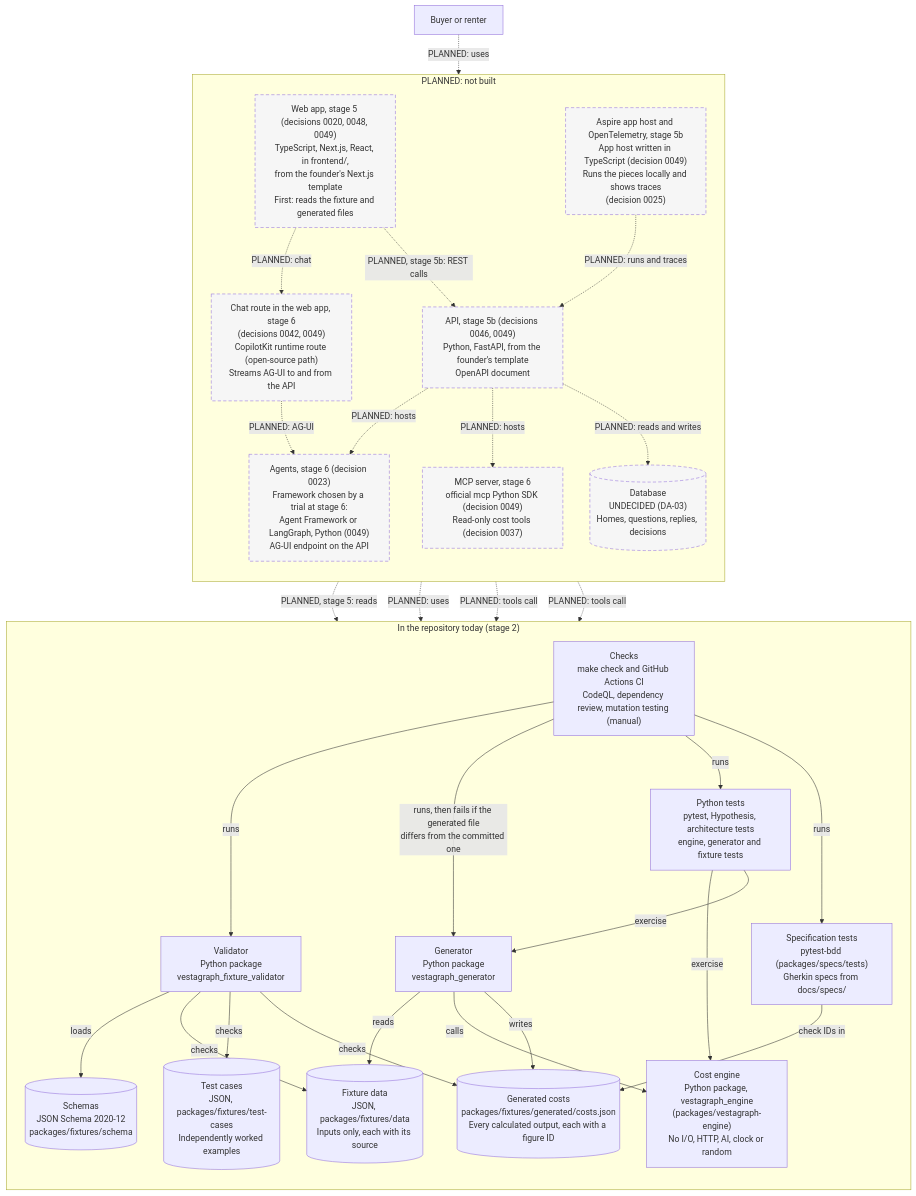
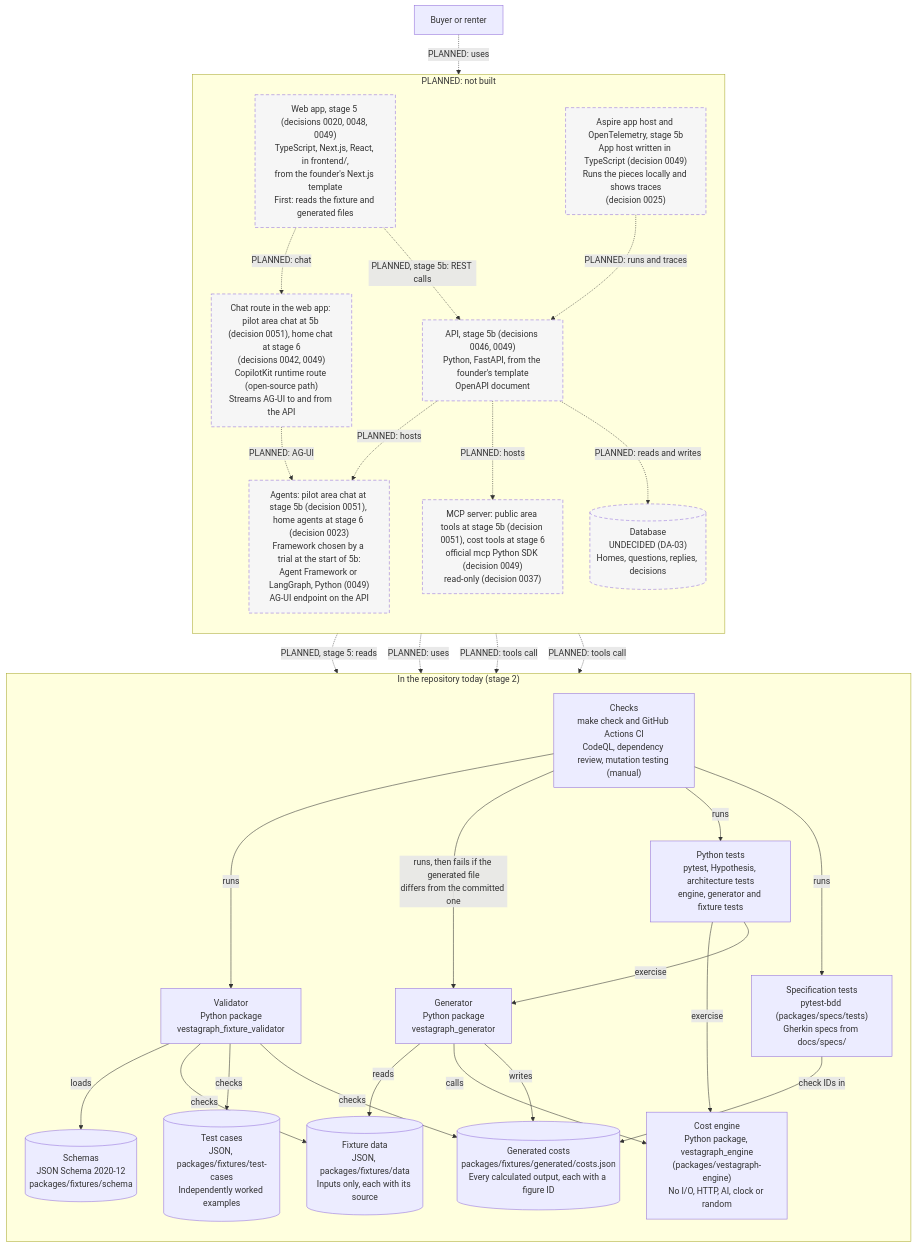
One commit to olaheavy-dev/homescout-platform changed the second of 2 diagrams in docs/architecture/README.md. Above: the diagram before and after it, drawn with Mermaid. The commit also changed other lines of this file and 16 other files, not shown here.

First line of the commit message:
docs: pilot with AI on the page and in ChatGPT and Claude (0051), pilot-only gate (0052) (#220)

````diff
--- a/docs/architecture/README.md
+++ b/docs/architecture/README.md
@@ -47,60 +47,60 @@
 ```mermaid
 flowchart TB
     user["Buyer or renter"]
 
     subgraph today["In the repository today (stage 2)"]
         direction TB
         data[("Fixture data<br/>JSON, packages/fixtures/data<br/>Inputs only, each with its source")]
         schema[("Schemas<br/>JSON Schema 2020-12<br/>packages/fixtures/schema")]
         cases[("Test cases<br/>JSON, packages/fixtures/test-cases<br/>Independently worked examples")]
         engine["Cost engine<br/>Python package, vestagraph_engine<br/>(packages/vestagraph-engine)<br/>No I/O, HTTP, AI, clock or random"]
         generator["Generator<br/>Python package<br/>vestagraph_generator"]
         generated[("Generated costs<br/>packages/fixtures/generated/costs.json<br/>Every calculated output, each with a figure ID")]
         validator["Validator<br/>Python package<br/>vestagraph_fixture_validator"]
         tests["Python tests<br/>pytest, Hypothesis, architecture tests<br/>engine, generator and fixture tests"]
         specs["Specification tests<br/>pytest-bdd (packages/specs/tests)<br/>Gherkin specs from docs/specs/"]
         ci["Checks<br/>make check and GitHub Actions CI<br/>CodeQL, dependency review, mutation testing (manual)"]
     end
 
     subgraph later["PLANNED: not built"]
         direction TB
         web["Web app, stage 5 (decisions 0020, 0048, 0049)<br/>TypeScript, Next.js, React, in frontend/,<br/>from the founder's Next.js template<br/>First: reads the fixture and generated files"]
         api["API, stage 5b (decisions 0046, 0049)<br/>Python, FastAPI, from the founder's template<br/>OpenAPI document"]
-        mcp["MCP server, stage 6<br/>official mcp Python SDK (decision 0049)<br/>Read-only cost tools (decision 0037)"]
-        agents["Agents, stage 6 (decision 0023)<br/>Framework chosen by a trial at stage 6:<br/>Agent Framework or LangGraph, Python (0049)<br/>AG-UI endpoint on the API"]
-        copilot["Chat route in the web app, stage 6<br/>(decisions 0042, 0049)<br/>CopilotKit runtime route (open-source path)<br/>Streams AG-UI to and from the API"]
+        mcp["MCP server: public area tools at stage 5b (decision 0051), cost tools at stage 6<br/>official mcp Python SDK (decision 0049)<br/>read-only (decision 0037)"]
+        agents["Agents: pilot area chat at stage 5b (decision 0051), home agents at stage 6 (decision 0023)<br/>Framework chosen by a trial at the start of 5b:<br/>Agent Framework or LangGraph, Python (0049)<br/>AG-UI endpoint on the API"]
+        copilot["Chat route in the web app: pilot area chat at 5b (decision 0051), home chat at stage 6<br/>(decisions 0042, 0049)<br/>CopilotKit runtime route (open-source path)<br/>Streams AG-UI to and from the API"]
         aspire["Aspire app host and OpenTelemetry, stage 5b<br/>App host written in TypeScript (decision 0049)<br/>Runs the pieces locally and shows traces<br/>(decision 0025)"]
         db[("Database<br/>UNDECIDED (DA-03)<br/>Homes, questions, replies, decisions")]
     end
 
     generator -->|reads| data
     generator -->|calls| engine
     generator -->|writes| generated
     validator -->|loads| schema
     validator -->|checks| data
     validator -->|checks| cases
     validator -->|checks| generated
     tests -->|exercise| engine
     tests -->|exercise| generator
     specs -->|check IDs in| generated
     ci -->|runs| validator
     ci -->|"runs, then fails if the generated file<br/>differs from the committed one"| generator
     ci -->|runs| tests
     ci -->|runs| specs
 
     user -.->|"PLANNED: uses"| web
     web -.->|"PLANNED, stage 5: reads"| generated
     web -.->|"PLANNED, stage 5b: REST calls"| api
     web -.->|"PLANNED: chat"| copilot
     copilot -.->|"PLANNED: AG-UI"| agents
     api -.->|"PLANNED: uses"| engine
     api -.->|"PLANNED: hosts"| mcp
     api -.->|"PLANNED: hosts"| agents
     agents -.->|"PLANNED: tools call"| engine
     mcp -.->|"PLANNED: tools call"| engine
     api -.->|"PLANNED: reads and writes"| db
     aspire -.->|"PLANNED: runs and traces"| api
 
     classDef planned stroke-dasharray: 6 4,fill:#f6f6f6,color:#333
     class web,api,mcp,agents,copilot,aspire,db planned
 ```
````
